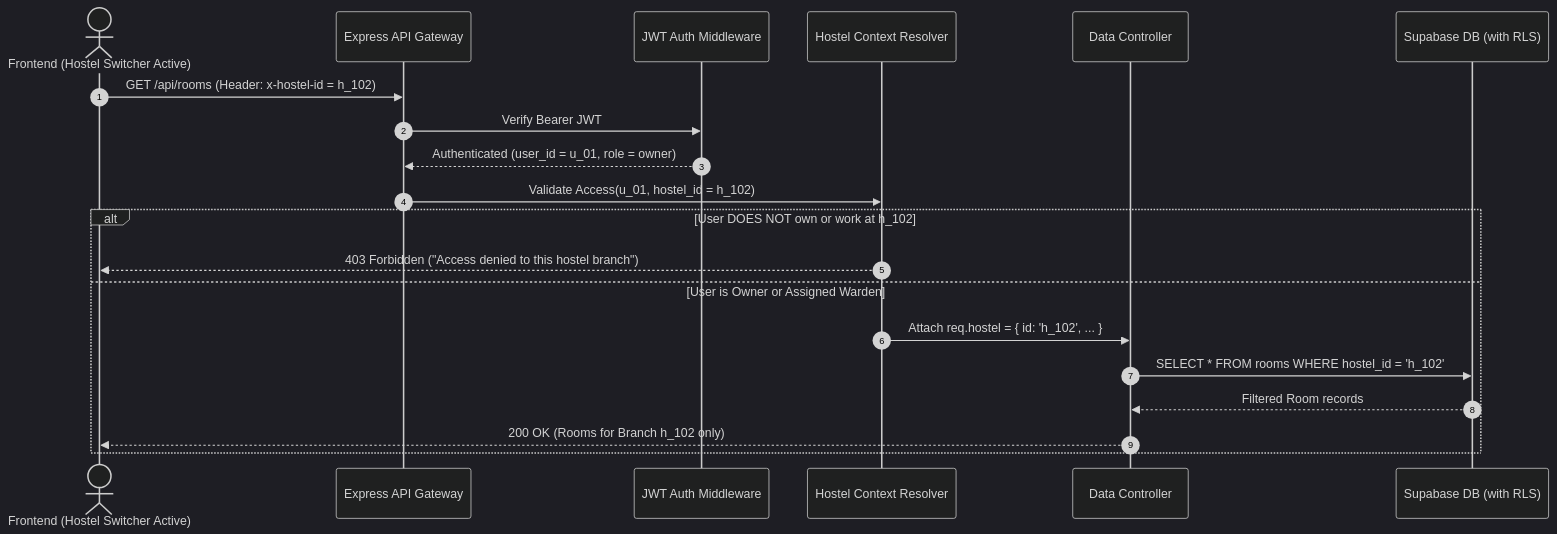
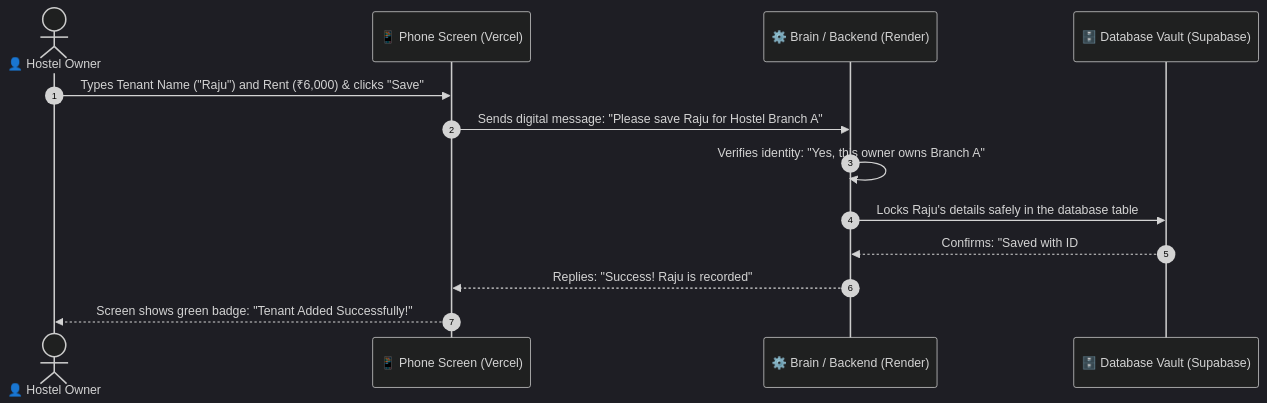
The diagram in SYSTEM_DESIGN.md (harikrishna5656/Hosteldesk), drawn with Mermaid (dark theme) before and after one commit. The commit also changed other lines of this file and 8 other files, not shown here.

Commit message:
feat: dockerize frontend and backend separately with standalone and unified compose configs

````diff
--- a/SYSTEM_DESIGN.md
+++ b/SYSTEM_DESIGN.md
@@ -196,24 +68,16 @@
 ```mermaid
 sequenceDiagram
     autonumber
-    actor Client as Frontend (Hostel Switcher Active)
-    participant Gateway as Express API Gateway
-    participant AuthMid as JWT Auth Middleware
-    participant ContextMid as Hostel Context Resolver
-    participant Controller as Data Controller
-    participant Postgres as Supabase DB (with RLS)
+    actor Owner as 👤 Hostel Owner
+    participant Phone as 📱 Phone Screen (Vercel)
+    participant Cloud as ⚙️ Brain / Backend (Render)
+    participant Vault as 🗄️ Database Vault (Supabase)
 
-    Client->>Gateway: GET /api/rooms (Header: x-hostel-id = h_102)
-    Gateway->>AuthMid: Verify Bearer JWT
-    AuthMid-->>Gateway: Authenticated (user_id = u_01, role = owner)
-    
-    Gateway->>ContextMid: Validate Access(u_01, hostel_id = h_102)
-    alt User DOES NOT own or work at h_102
-        ContextMid-->>Client: 403 Forbidden ("Access denied to this hostel branch")
-    else User is Owner or Assigned Warden
-        ContextMid->>Controller: Attach req.hostel = { id: 'h_102', ... }
-        Controller->>Postgres: SELECT * FROM rooms WHERE hostel_id = 'h_102'
-        Postgres-->>Controller: Filtered Room records
-        Controller-->>Client: 200 OK (Rooms for Branch h_102 only)
-    end
+    Owner->>Phone: Types Tenant Name ("Raju") and Rent (₹6,000) & clicks "Save"
+    Phone->>Cloud: Sends digital message: "Please save Raju for Hostel Branch A"
+    Cloud->>Cloud: Verifies identity: "Yes, this owner owns Branch A"
+    Cloud->>Vault: Locks Raju's details safely in the database table
+    Vault-->>Cloud: Confirms: "Saved with ID #123"
+    Cloud-->>Phone: Replies: "Success! Raju is recorded"
+    Phone-->>Owner: Screen shows green badge: "Tenant Added Successfully!"
 ```
````
